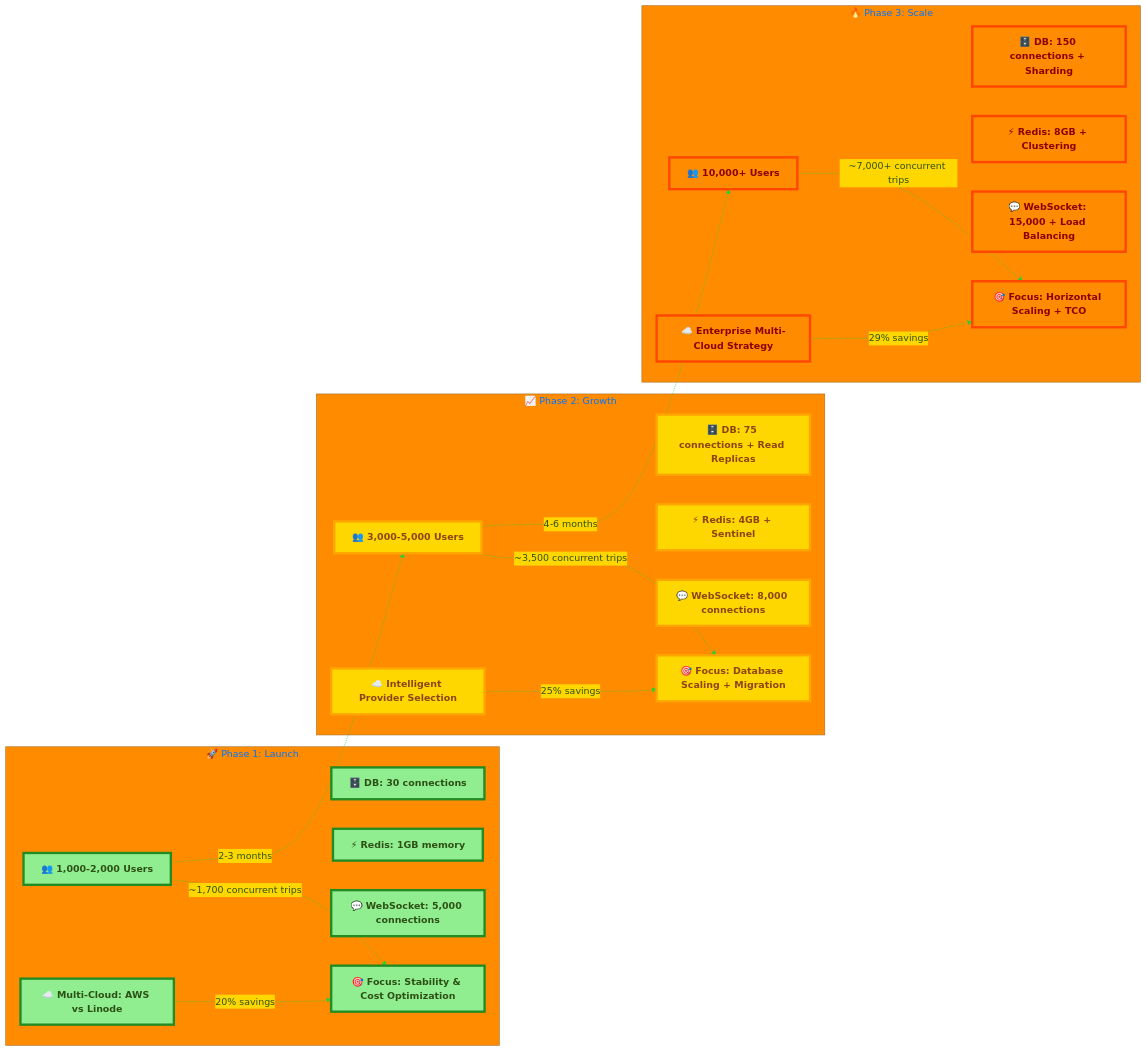
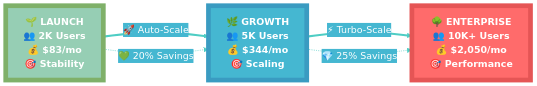
Before and after one commit to abdoElHodaky/transportapp: the third of 5 diagrams in README.md, drawn with Mermaid. The commit also changed other lines of this file and 2 other files, not shown here.

````diff
--- a/README.md
+++ b/README.md
@@ -387,67 +361,38 @@
 ```mermaid
 %%{init: {
   'theme': 'base',
   'themeVariables': {
     'background': 'transparent',
-    'primaryColor': '#90EE90',
-    'primaryTextColor': '#2d5016',
-    'primaryBorderColor': '#228B22',
-    'lineColor': '#32CD32',
-    'secondaryColor': '#FFD700',
-    'tertiaryColor': '#FF8C00'
+    'primaryColor': '#FF6B6B',
+    'primaryTextColor': '#ffffff',
+    'primaryBorderColor': '#E55555',
+    'lineColor': '#4ECDC4',
+    'secondaryColor': '#45B7D1',
+    'tertiaryColor': '#96CEB4'
   }
 }}%%
 flowchart LR
-    %% Phase 1: Launch
-    subgraph Launch["🚀 Phase 1: Launch"]
-        P1_Users["👥 1,000-2,000 Users"]
-        P1_DB["🗄️ DB: 30 connections"]
-        P1_Redis["⚡ Redis: 1GB memory"]
-        P1_WS["💬 WebSocket: 5,000 connections"]
-        P1_Cloud["☁️ Multi-Cloud: AWS vs Linode"]
-        P1_Focus["🎯 Focus: Stability & Cost Optimization"]
-    end
+    %% Simplified Phase Flow
+    LAUNCH["🌱 LAUNCH<br/>👥 2K Users<br/>💰 $83/mo<br/>🎯 Stability"]
     
-    %% Phase 2: Growth
-    subgraph Growth["📈 Phase 2: Growth"]
-        P2_Users["👥 3,000-5,000 Users"]
-        P2_DB["🗄️ DB: 75 connections + Read Replicas"]
-        P2_Redis["⚡ Redis: 4GB + Sentinel"]
-        P2_WS["💬 WebSocket: 8,000 connections"]
-        P2_Cloud["☁️ Intelligent Provider Selection"]
-        P2_Focus["🎯 Focus: Database Scaling + Migration"]
-    end
+    GROWTH["🌿 GROWTH<br/>👥 5K Users<br/>💰 $344/mo<br/>🎯 Scaling"]
     
-    %% Phase 3: Scale
-    subgraph Scale["🔥 Phase 3: Scale"]
-        P3_Users["👥 10,000+ Users"]
-        P3_DB["🗄️ DB: 150 connections + Sharding"]
-        P3_Redis["⚡ Redis: 8GB + Clustering"]
-        P3_WS["💬 WebSocket: 15,000 + Load Balancing"]
-        P3_Cloud["☁️ Enterprise Multi-Cloud Strategy"]
-        P3_Focus["🎯 Focus: Horizontal Scaling + TCO"]
-    end
+    ENTERPRISE["🌳 ENTERPRISE<br/>👥 10K+ Users<br/>💰 $2,050/mo<br/>🎯 Performance"]
     
-    %% Timeline arrows
-    P1_Users -.->|"2-3 months"| P2_Users
-    P2_Users -.->|"4-6 months"| P3_Users
+    %% Eye-catching progression
+    LAUNCH ==>|"🚀 Auto-Scale"| GROWTH
+    GROWTH ==>|"⚡ Turbo-Scale"| ENTERPRISE
     
-    %% Capacity indicators
-    P1_Users -.->|"~1,700 concurrent trips"| P1_Focus
-    P2_Users -.->|"~3,500 concurrent trips"| P2_Focus  
-    P3_Users -.->|"~7,000+ concurrent trips"| P3_Focus
+    %% Savings indicators
+    LAUNCH -.->|"💚 20% Savings"| GROWTH
+    GROWTH -.->|"💎 25% Savings"| ENTERPRISE
     
-    %% Cost savings indicators
-    P1_Cloud -.->|"20% savings"| P1_Focus
-    P2_Cloud -.->|"25% savings"| P2_Focus
-    P3_Cloud -.->|"29% savings"| P3_Focus
-
-    %% Professional Styling with Distinguished Colors
-    classDef phase1 fill:#90EE90,stroke:#228B22,stroke-width:4px,color:#2d5016,font-weight:bold
-    classDef phase2 fill:#FFD700,stroke:#FFA500,stroke-width:4px,color:#8B4513,font-weight:bold
-    classDef phase3 fill:#FF8C00,stroke:#FF4500,stroke-width:4px,color:#8B0000,font-weight:bold
-
-    class P1_Users,P1_DB,P1_Redis,P1_WS,P1_Cloud,P1_Focus phase1
-    class P2_Users,P2_DB,P2_Redis,P2_WS,P2_Cloud,P2_Focus phase2
-    class P3_Users,P3_DB,P3_Redis,P3_WS,P3_Cloud,P3_Focus phase3
+    %% Distinguished Eye-catching Styling
+    classDef launch fill:#96CEB4,stroke:#7FB069,stroke-width:8px,color:#ffffff,font-weight:bold,font-size:16px
+    classDef growth fill:#45B7D1,stroke:#3A9BC1,stroke-width:8px,color:#ffffff,font-weight:bold,font-size:16px
+    classDef enterprise fill:#FF6B6B,stroke:#E55555,stroke-width:8px,color:#ffffff,font-weight:bold,font-size:16px
+    
+    class LAUNCH launch
+    class GROWTH growth
+    class ENTERPRISE enterprise
 ```
````
